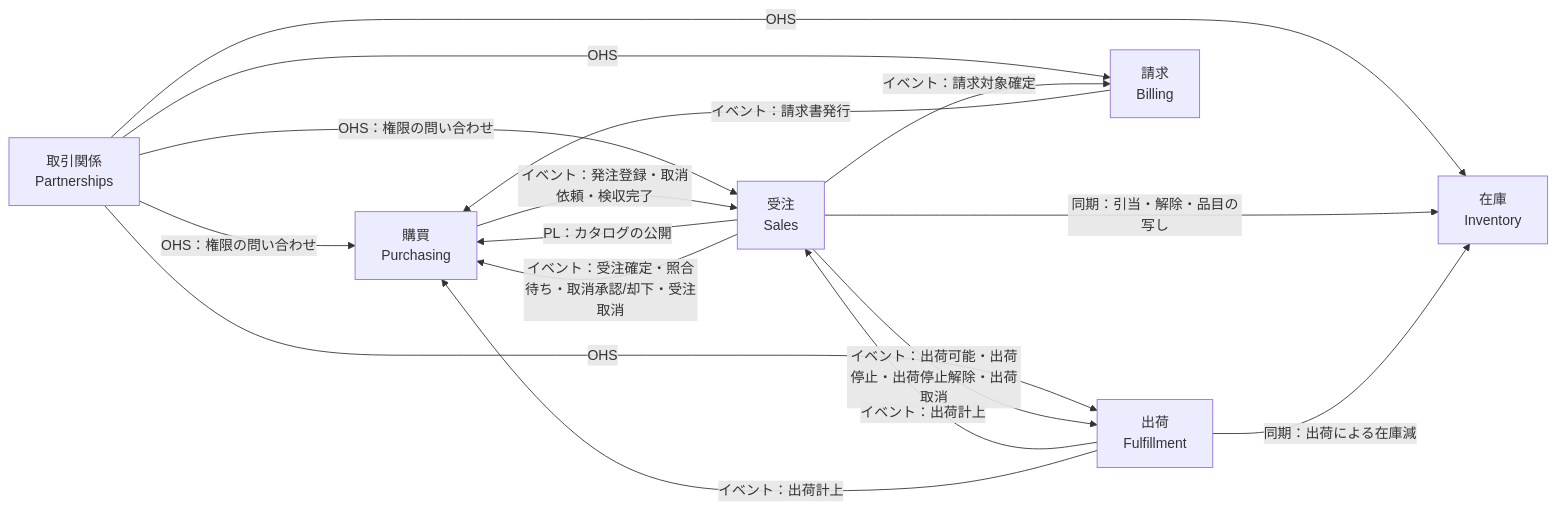
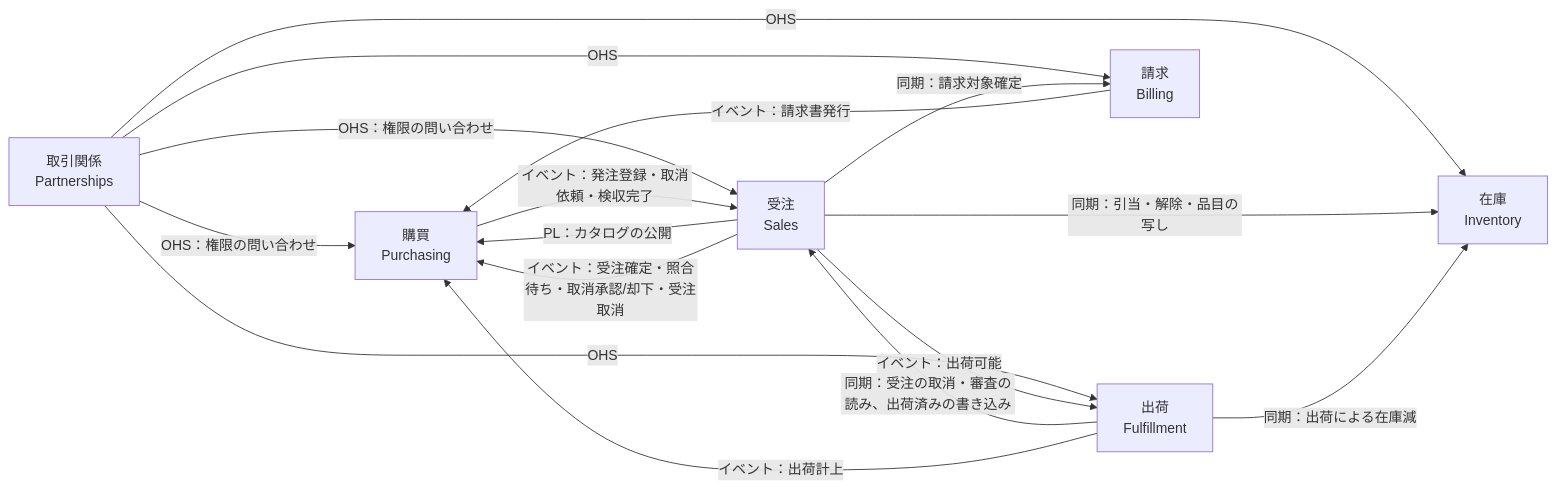
The diagram in docs/architecture/context-map.md (ringoshogo/factory-ops-demo-rails), drawn with Mermaid before and after one commit. The commit also changed other lines of this file and 8 other files, not shown here.

First line of the commit message:
M54 の文書：ADR 012（同じテナントの中の連結を同期にし、出荷可能だけをイベントで残す）を足し、context-map.md の関係の図と表・同期と非同期の使い分け・依存の向き・取消と検収の流れ、data-model.md の出荷依頼の状況の表・出荷の表・競合を止める場所・イベントの受け口と届く順の入れ替わり、ADR 010・011、testing.md、graphql-schema.md、showcase.md のテーマ 2〜4 を同期の形に合わせる

````diff
--- a/docs/architecture/context-map.md
+++ b/docs/architecture/context-map.md
@@ -74,25 +74,25 @@
 ```mermaid
 flowchart LR
   P["取引関係<br/>Partnerships"]
   PU["購買<br/>Purchasing"]
   S["受注<br/>Sales"]
   I["在庫<br/>Inventory"]
   F["出荷<br/>Fulfillment"]
   B["請求<br/>Billing"]
 
   P -- "OHS：権限の問い合わせ" --> PU
   P -- "OHS：権限の問い合わせ" --> S
   P -- "OHS" --> I
   P -- "OHS" --> F
   P -- "OHS" --> B
   S -- "PL：カタログの公開" --> PU
   PU -- "イベント：発注登録・取消依頼・検収完了" --> S
   S -- "イベント：受注確定・照合待ち・取消承認/却下・受注取消" --> PU
   S -- "同期：引当・解除・品目の写し" --> I
-  S -- "イベント：出荷可能・出荷停止・出荷停止解除・出荷取消" --> F
+  S -- "イベント：出荷可能" --> F
   F -- "同期：出荷による在庫減" --> I
-  F -- "イベント：出荷計上" --> S
+  F -- "同期：受注の取消・審査の読み、出荷済みの書き込み" --> S
   F -- "イベント：出荷計上" --> PU
-  S -- "イベント：請求対象確定" --> B
+  S -- "同期：請求対象確定" --> B
   B -- "イベント：請求書発行" --> PU
 ```
````
